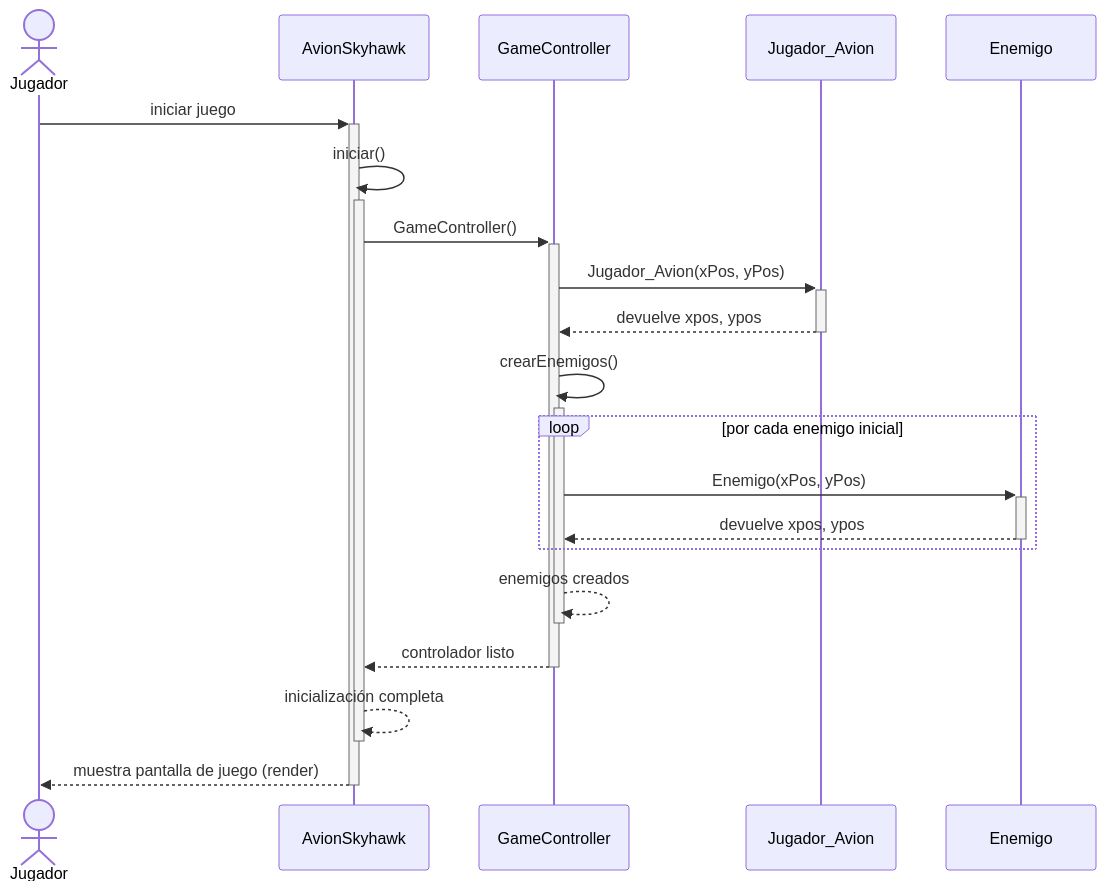
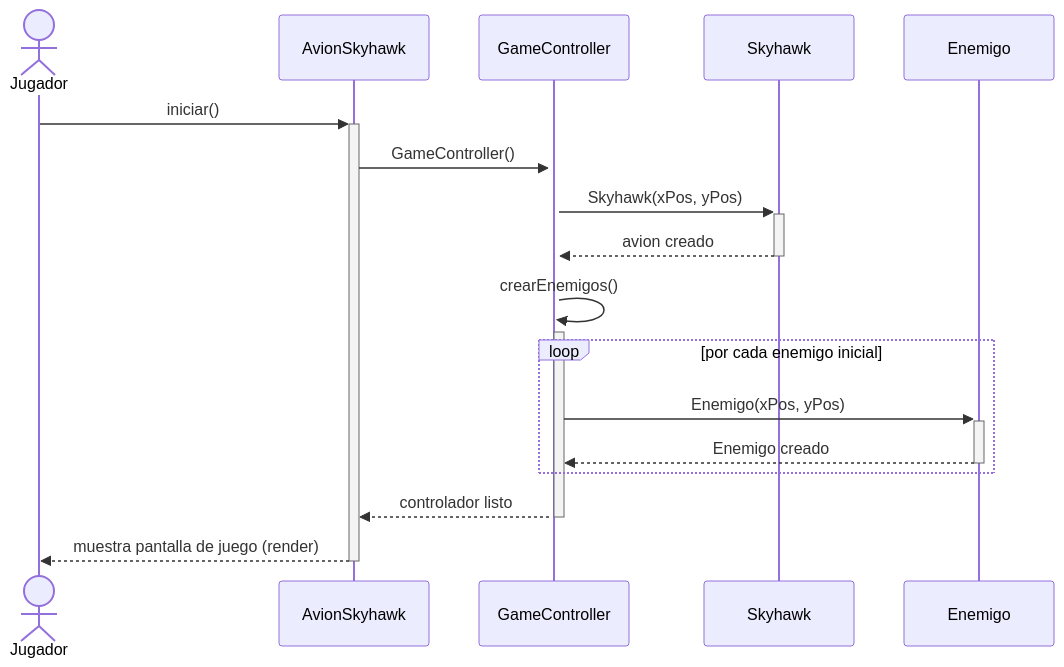
The first of 6 diagrams in Diagramas/diagram_Secuencias_Actualizados.md (chiaraarego/Grupo-2---Skyhawk), drawn with Mermaid before and after one commit. The commit also changed other lines of this file, not shown here.

Commit message:
Actualizar diagramas de secuencia (pausar/reanudar y estadisticas)

````diff
--- a/Diagramas/diagram_Secuencias_Actualizados.md
+++ b/Diagramas/diagram_Secuencias_Actualizados.md
@@ -6,37 +6,32 @@
 ```mermaid
 sequenceDiagram
     actor Jugador
 
     participant AvionSkyhawk
     participant GameController
-    participant Jugador_Avion
+    participant Skyhawk
     participant Enemigo
 
-    Jugador ->> +AvionSkyhawk : iniciar juego
-
-    %% AvionSkyhawk se auto-llama para inicializar
-    AvionSkyhawk ->> +AvionSkyhawk : iniciar()
+    Jugador ->> +AvionSkyhawk : iniciar()
 
     %% Crea el controlador del juego
     AvionSkyhawk ->> +GameController : GameController()
 
     %% El controlador crea al avión del jugador
-    GameController ->> +Jugador_Avion : Jugador_Avion(xPos, yPos)
-    Jugador_Avion -->> -GameController : devuelve xpos, ypos
+    GameController ->> +Skyhawk : Skyhawk(xPos, yPos)
+    Skyhawk -->> -GameController : avion creado
 
     %% El controlador se auto-llama para crear la horda de enemigos
     GameController ->> +GameController : crearEnemigos()
 
     loop por cada enemigo inicial
         GameController ->> +Enemigo : Enemigo(xPos, yPos)
-        Enemigo -->> -GameController : devuelve xpos, ypos
+        Enemigo -->> -GameController : Enemigo creado
     end
 
     %% Van cerrándose ordenadamente las ejecuciones abiertas de atrás hacia adelante
-    GameController -->> -GameController : enemigos creados
     GameController -->> -AvionSkyhawk : controlador listo
-    AvionSkyhawk -->> -AvionSkyhawk : inicialización completa
     
     %% RESPUESTA FINAL AL JUGADOR:
     AvionSkyhawk -->> -Jugador : muestra pantalla de juego (render)
 ```
````
